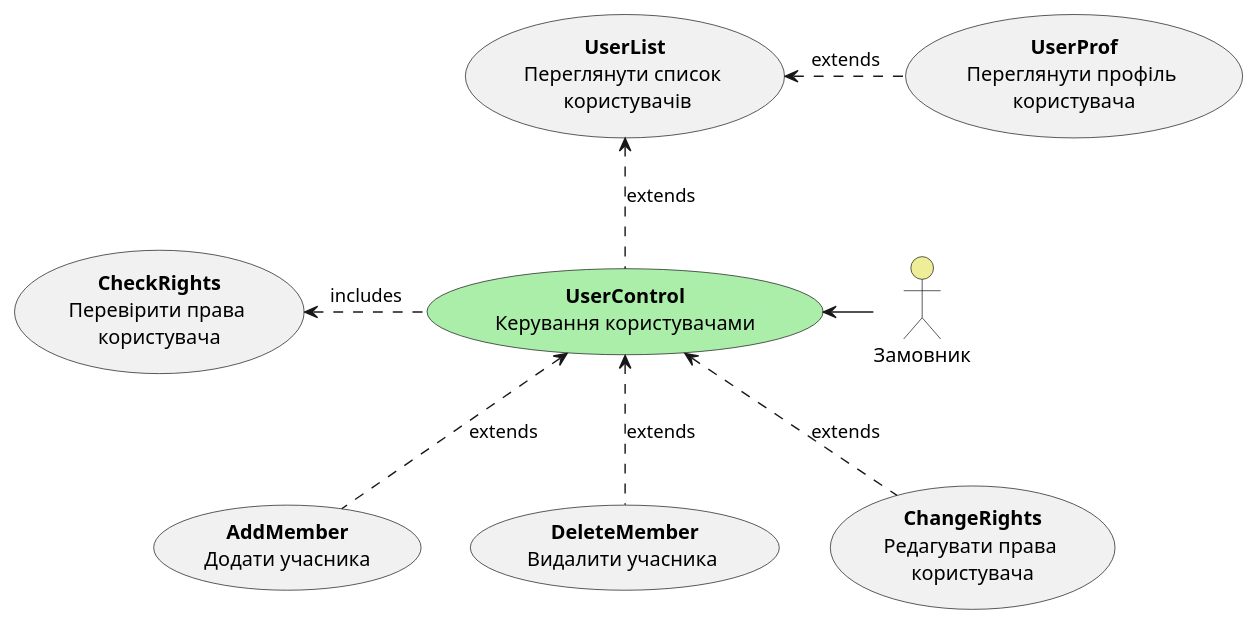
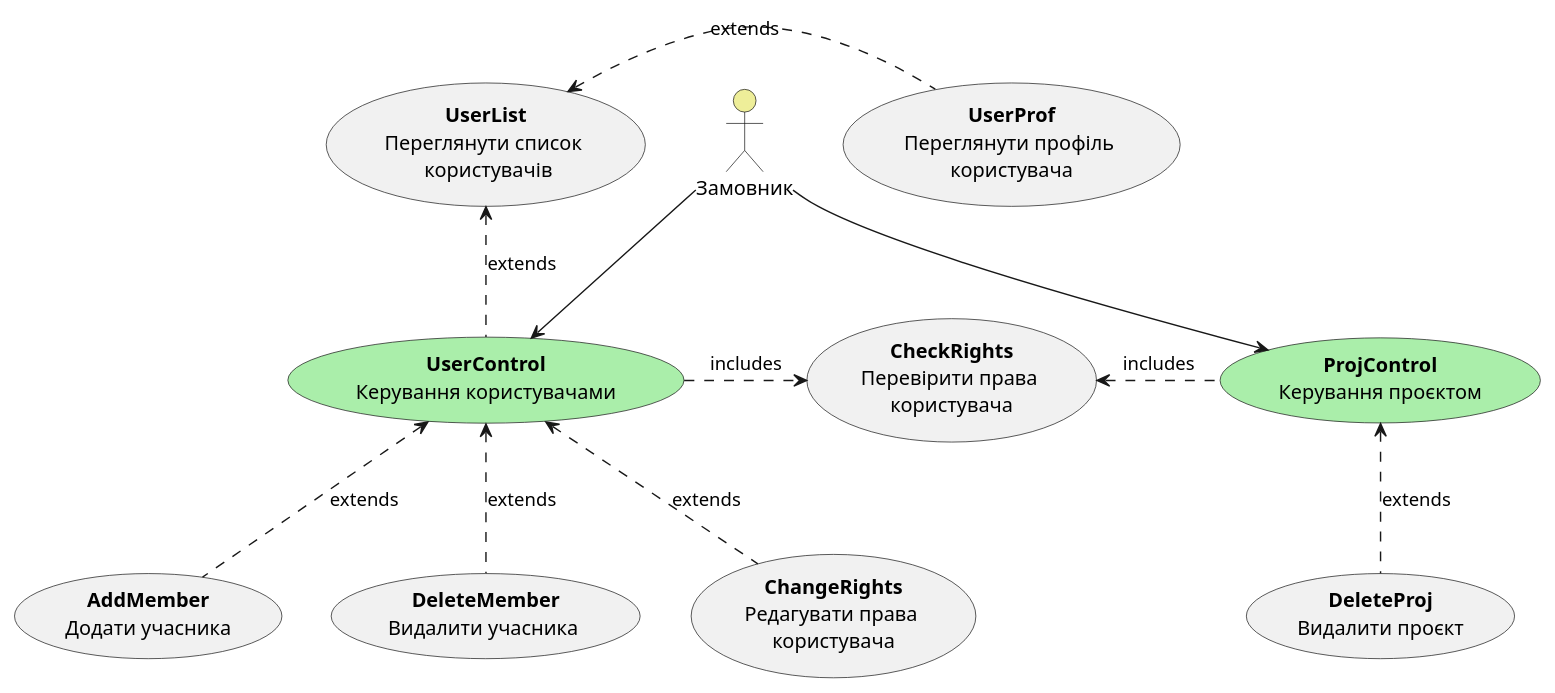
The second of 22 diagrams in docs/use cases/README.md (svitbar/dbuildery), drawn with PlantUML before and after one commit. The commit also changed other lines of this file and 1 other file, not shown here.

```diff
--- a/docs/use cases/README.md
+++ b/docs/use cases/README.md
@@ -75,27 +76,32 @@
 @startuml
-
-    usecase "<b>UserControl</b>\nКерування користувачами" as UserControl #aaeeaa
-
 
     actor "Замовник" as Customer #eeee99
 
+    usecase "<b>UserControl</b>\nКерування користувачами" as UserControl #aaeeaa
+    usecase "<b>ProjControl</b>\nКерування проєктом" as ProjControl #aaeeaa
 
     usecase "<b>AddMember</b>\nДодати учасника" as AddMember
     usecase "<b>DeleteMember</b>\nВидалити учасника " as DeleteMember
     usecase "<b>ChangeRights</b>\nРедагувати права \nкористувача" as ChangeRights
     usecase "<b>UserProf</b>\nПереглянути профіль \nкористувача" as UserProf
     
     usecase "<b>UserList</b>\nПереглянути список \n користувачів" as UserList
     usecase "<b>CheckRights</b>\nПеревірити права \nкористувача" as CheckRights
-    Customer -l-> UserControl
+    usecase "<b>DeleteProj</b>\nВидалити проєкт" as DeleteProj
+    Customer -d-> UserControl
+    Customer -d-> ProjControl
     
     
     UserControl .u.> UserList: extends
     AddMember .u.> UserControl: extends
     DeleteMember .u.> UserControl: extends
     ChangeRights .u.> UserControl: extends
     UserProf .l.> UserList: extends
     
-    UserControl .l.> CheckRights: includes
+    UserControl .r.> CheckRights: includes
 
+
+    DeleteProj .u.> ProjControl: extends
+    ProjControl .l.> CheckRights: includes
+    
 @enduml
```
